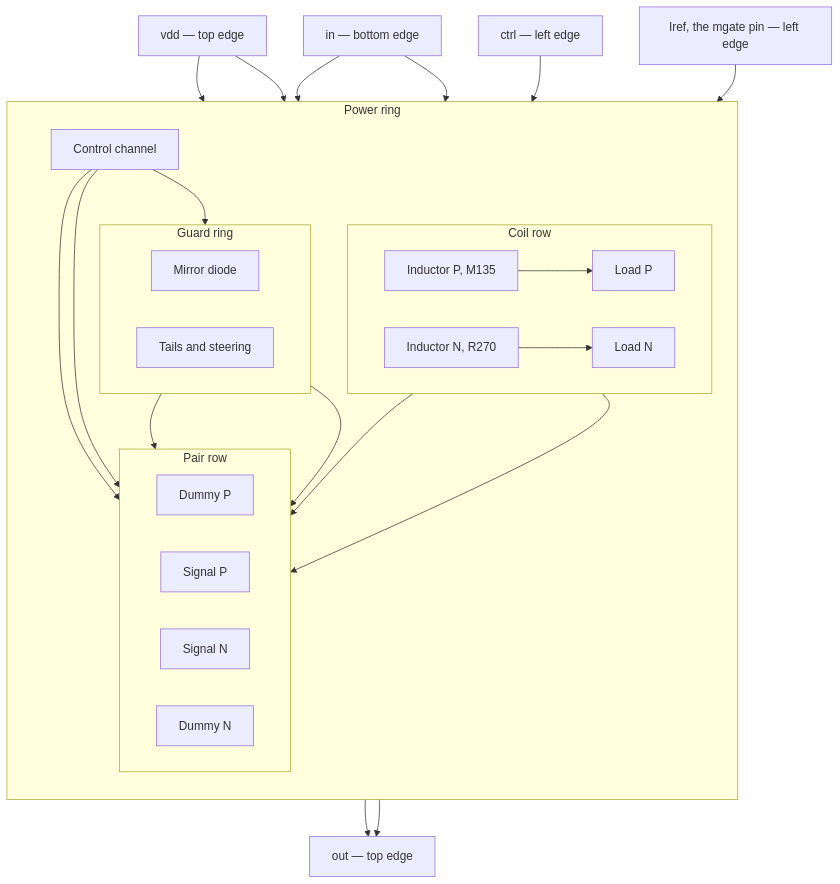
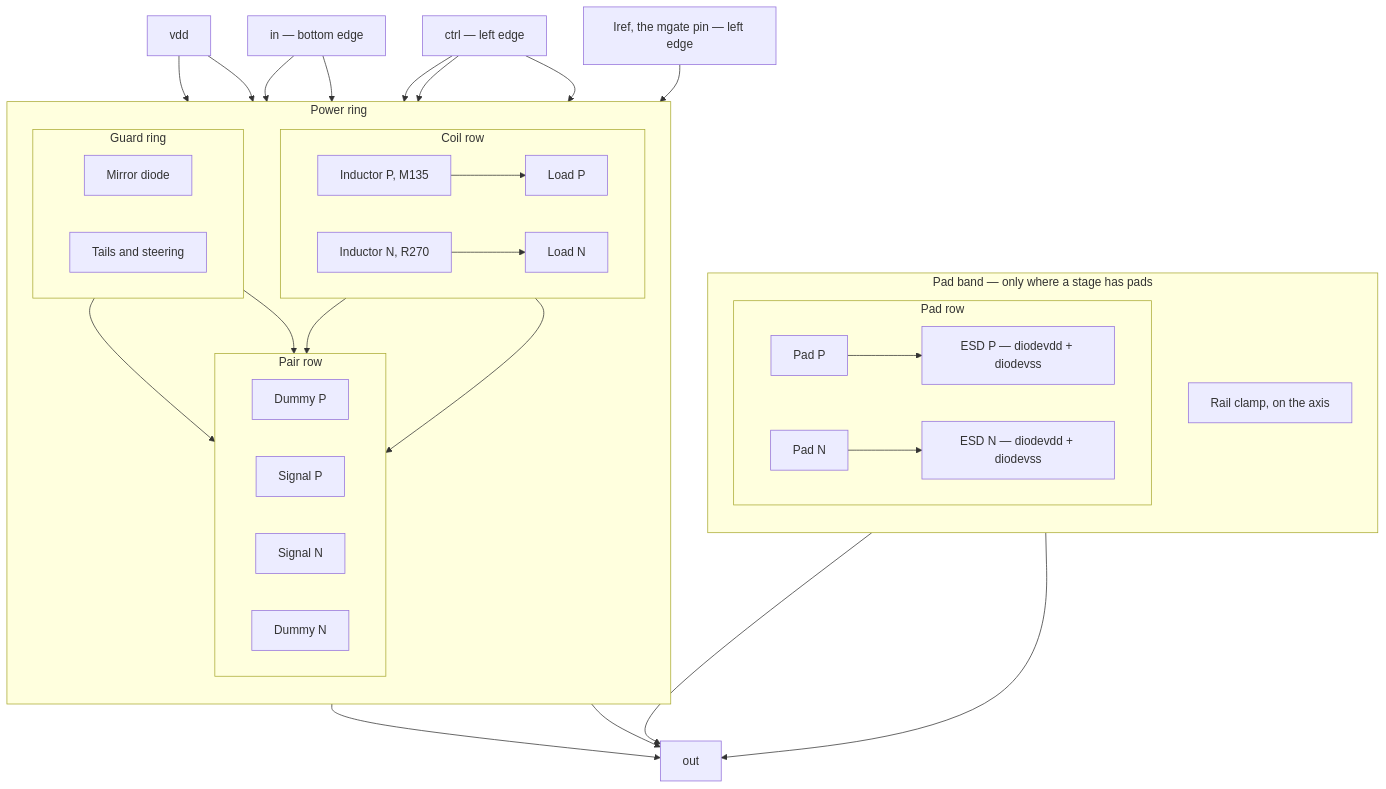
The diagram in docs/LAYOUT.md (oscarmattia/ihp-experiments), drawn with Mermaid before and after one commit. The commit also changed other lines of this file, not shown here.

First line of the commit message:
Add the pad band to the floorplan template

````diff
--- a/docs/LAYOUT.md
+++ b/docs/LAYOUT.md
@@ -298,45 +298,56 @@
 ```mermaid
 flowchart TB
-  outPin["out — top edge"]
-  vddPin["vdd — top edge"]
+  subgraph padBand ["Pad band — only where a stage has pads"]
+    direction TB
+    clamp["Rail clamp, on the axis"]
+    subgraph padRow ["Pad row"]
+      direction LR
+      padP["Pad P"]
+      esdP["ESD P — diodevdd + diodevss"]
+      esdN["ESD N — diodevdd + diodevss"]
+      padN["Pad N"]
+    end
+  end
   subgraph ring ["Power ring"]
     direction TB
     subgraph coilRow ["Coil row"]
       direction LR
       indP["Inductor P, M135"]
       loadP["Load P"]
       loadN["Load N"]
       indN["Inductor N, R270"]
     end
     subgraph pairRow ["Pair row"]
       direction LR
       dumP["Dummy P"]
       sigP["Signal P"]
       sigN["Signal N"]
       dumN["Dummy N"]
     end
-    ctrlRow["Control channel"]
     subgraph guard ["Guard ring"]
       direction LR
       mdiode["Mirror diode"]
       tails["Tails and steering"]
     end
   end
+  outPin["out"]
+  vddPin["vdd"]
   inPin["in — bottom edge"]
   ctrlPin["ctrl — left edge"]
   irefPin["Iref, the mgate pin — left edge"]
 
+  padP --> esdP --> outPin
+  padN --> esdN --> outPin
   vddPin --> indP
   vddPin --> indN
   indP --> loadP --> sigP --> outPin
   indN --> loadN --> sigN --> outPin
   inPin --> sigP
   inPin --> sigN
-  ctrlPin --> ctrlRow
-  ctrlRow --> dumP
-  ctrlRow --> dumN
-  ctrlRow --> tails
+  ctrlPin --> dumP
+  ctrlPin --> dumN
+  ctrlPin --> tails
   irefPin --> mdiode
   tails --> sigP
   tails --> dumP
 ```
````
